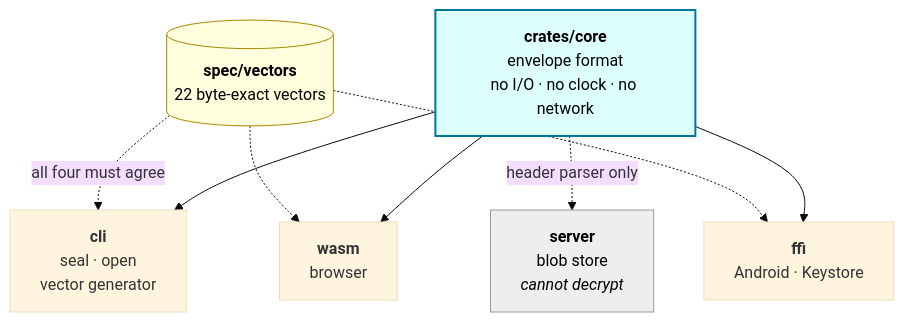
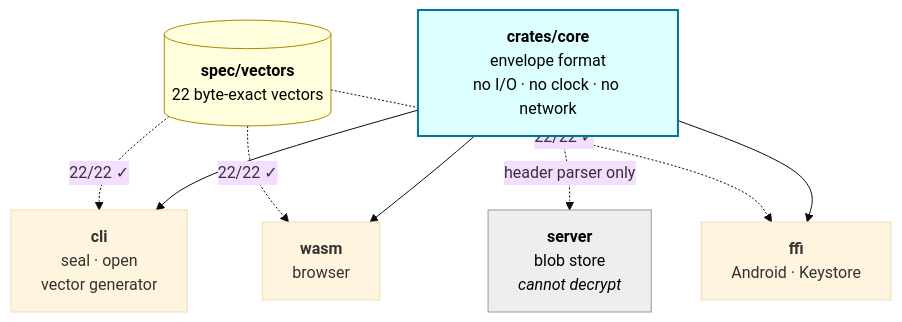
Before and after one commit to arisros/sirna: the third of 4 diagrams in README.md, drawn with Mermaid (base theme). The commit also changed other lines of this file and 11 other files, not shown here.

````diff
--- a/README.md
+++ b/README.md
@@ -95,18 +95,18 @@
 ```mermaid
 flowchart TD
     core["<b>crates/core</b><br/>envelope format<br/>no I/O · no clock · no network"]
 
     core --> cli["<b>cli</b><br/>seal · open<br/>vector generator"]
     core --> wasm["<b>wasm</b><br/>browser"]
     core --> ffi["<b>ffi</b><br/>Android · Keystore"]
     core -. "header parser only" .-> srv["<b>server</b><br/>blob store<br/><i>cannot decrypt</i>"]
 
     spec[("<b>spec/vectors</b><br/>22 byte-exact vectors")]
-    spec -.->|"all four must agree"| cli
-    spec -.-> wasm
-    spec -.-> ffi
+    spec -.->|"22/22 ✓"| cli
+    spec -.->|"22/22 ✓"| wasm
+    spec -.->|"22/22 ✓"| ffi
 
     style core fill:#dff,stroke:#079,stroke-width:2px,color:#000
     style spec fill:#ffd,stroke:#a80,color:#000
     style srv fill:#eee,stroke:#999,color:#000
 ```
````
